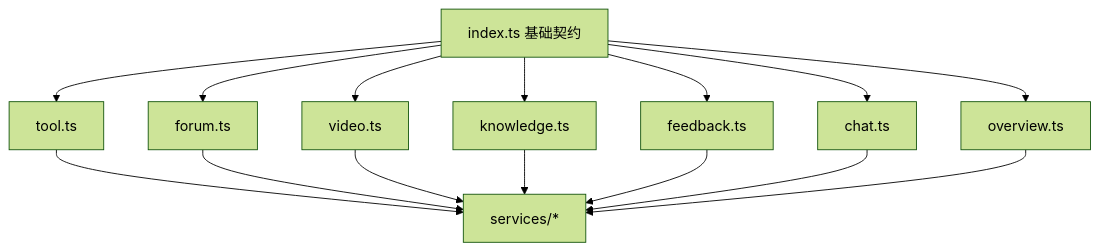
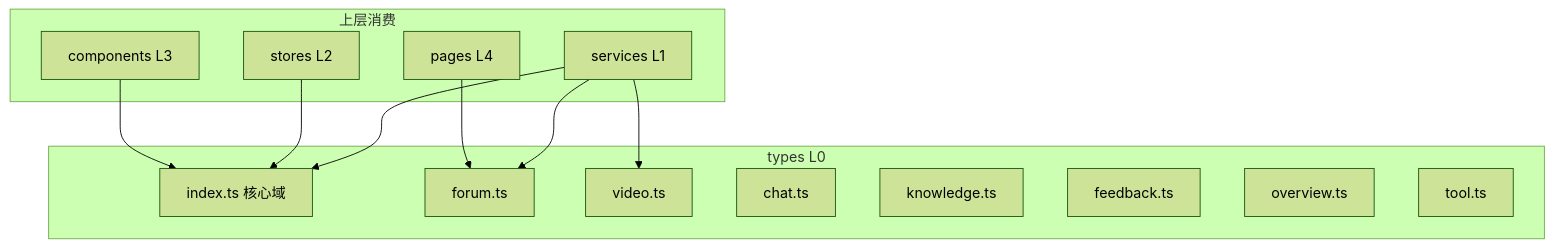
One commit to mambo-wang/CodingHub changed the diagram in repowiki/wiki/modules/前端类型定义.md. Above: the diagram before and after it, drawn with Mermaid (forest theme). The commit also changed other lines of this file and 59 other files, not shown here.

````diff
--- a/repowiki/wiki/modules/前端类型定义.md
+++ b/repowiki/wiki/modules/前端类型定义.md
@@ -28,17 +15,25 @@
 ```mermaid
 graph TD
-    T[index.ts 基础契约] --> TT[tool.ts]
-    T --> FT[forum.ts]
-    T --> VT[video.ts]
-    T --> KT[knowledge.ts]
-    T --> FB[feedback.ts]
-    T --> CT[chat.ts]
-    T --> OT[overview.ts]
-    TT --> SVC[services/*]
-    FT --> SVC
-    VT --> SVC
-    KT --> SVC
-    FB --> SVC
-    CT --> SVC
-    OT --> SVC
+    subgraph "types L0"
+        Index[index.ts 核心域]
+        Forum[forum.ts]
+        Video[video.ts]
+        Chat[chat.ts]
+        KB[knowledge.ts]
+        FB[feedback.ts]
+        OV[overview.ts]
+        Tool[tool.ts]
+    end
+    subgraph "上层消费"
+        Services[services L1]
+        Stores[stores L2]
+        Comp[components L3]
+        Pages[pages L4]
+    end
+    Services --> Index
+    Services --> Forum
+    Services --> Video
+    Stores --> Index
+    Comp --> Index
+    Pages --> Forum
 ```
````
